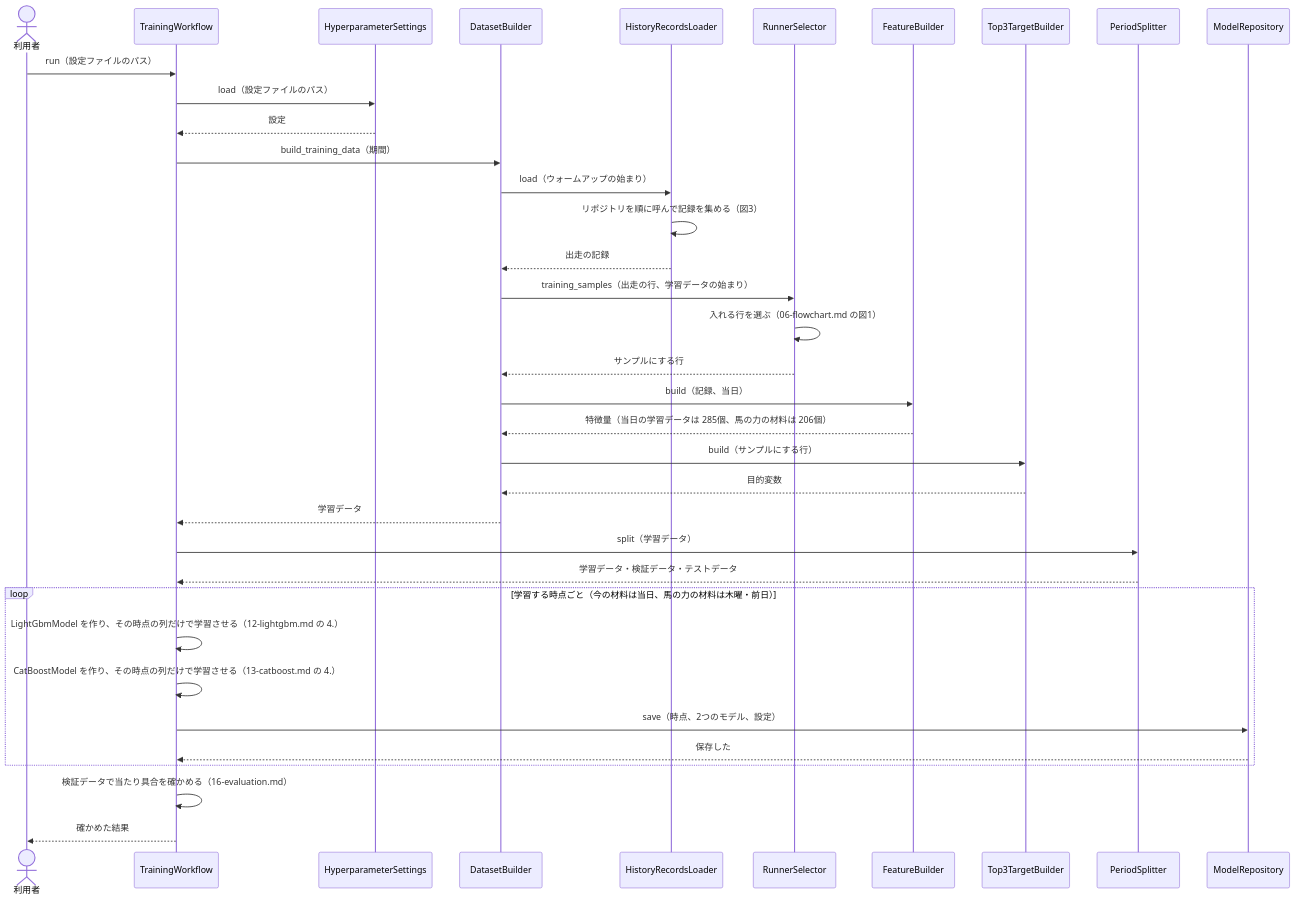
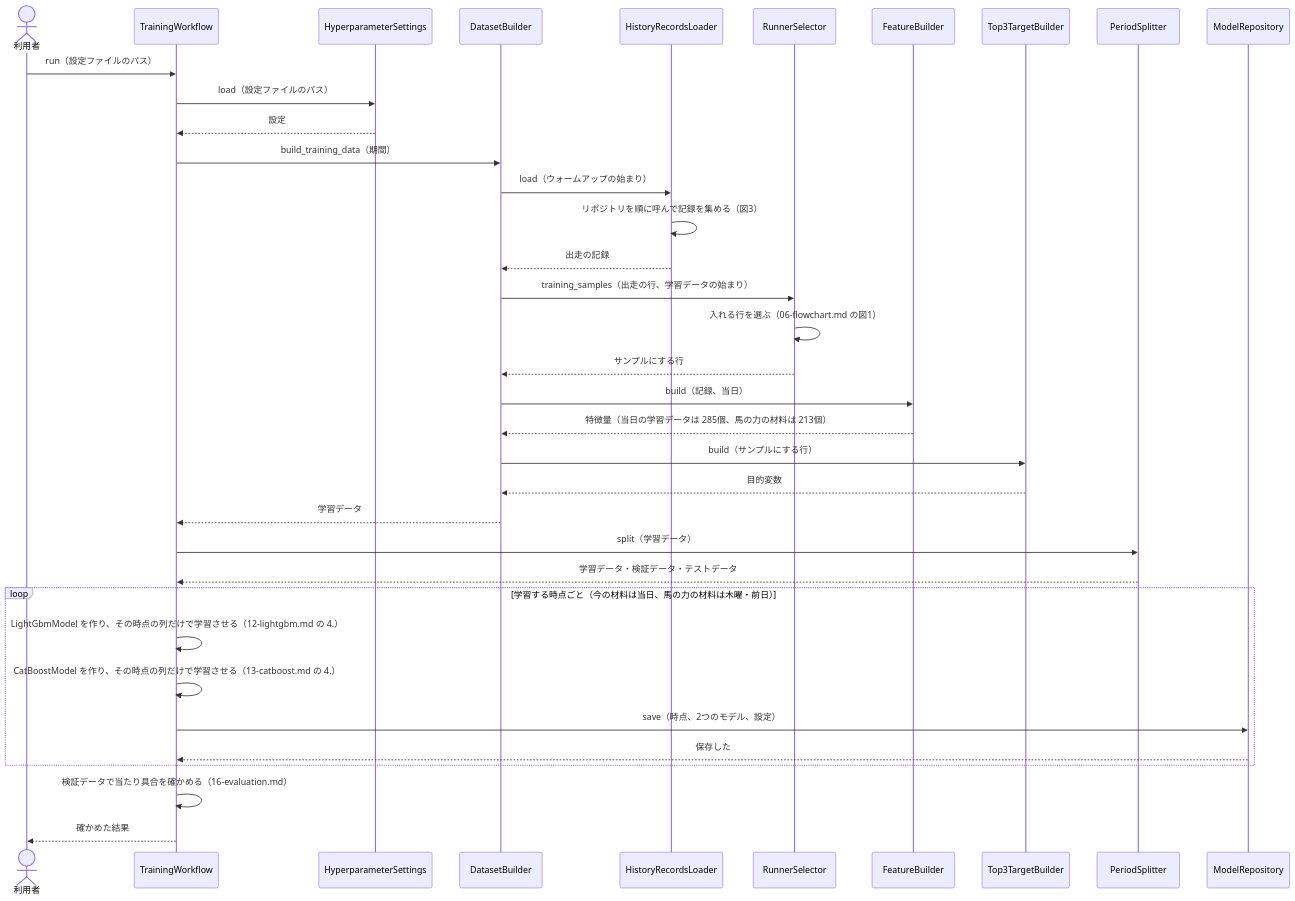
The first of 4 diagrams in docs/design/近走と適性から3着以内を予想/05-sequence.md (ht-0328/keiba-yosou), drawn with Mermaid before and after one commit. The commit also changed other lines of this file and 11 other files, not shown here.

````diff
--- a/docs/design/近走と適性から3着以内を予想/05-sequence.md
+++ b/docs/design/近走と適性から3着以内を予想/05-sequence.md
@@ -40,38 +40,38 @@
 ```mermaid
 sequenceDiagram
     actor U as 利用者
     participant W as TrainingWorkflow
     participant H as HyperparameterSettings
     participant D as DatasetBuilder
     participant L as HistoryRecordsLoader
     participant RS as RunnerSelector
     participant F as FeatureBuilder
     participant T as Top3TargetBuilder
     participant S as PeriodSplitter
     participant MR as ModelRepository
     U->>W: run（設定ファイルのパス）
     W->>H: load（設定ファイルのパス）
     H-->>W: 設定
     W->>D: build_training_data（期間）
     D->>L: load（ウォームアップの始まり）
     L->>L: リポジトリを順に呼んで記録を集める（図3）
     L-->>D: 出走の記録
     D->>RS: training_samples（出走の行、学習データの始まり）
     RS->>RS: 入れる行を選ぶ（06-flowchart.md の図1）
     RS-->>D: サンプルにする行
     D->>F: build（記録、当日）
-    F-->>D: 特徴量（当日の学習データは 285個、馬の力の材料は 206個）
+    F-->>D: 特徴量（当日の学習データは 285個、馬の力の材料は 213個）
     D->>T: build（サンプルにする行）
     T-->>D: 目的変数
     D-->>W: 学習データ
     W->>S: split（学習データ）
     S-->>W: 学習データ・検証データ・テストデータ
     loop 学習する時点ごと（今の材料は当日、馬の力の材料は木曜・前日）
         W->>W: LightGbmModel を作り、その時点の列だけで学習させる（12-lightgbm.md の 4.）
         W->>W: CatBoostModel を作り、その時点の列だけで学習させる（13-catboost.md の 4.）
         W->>MR: save（時点、2つのモデル、設定）
         MR-->>W: 保存した
     end
     W->>W: 検証データで当たり具合を確かめる（16-evaluation.md）
     W-->>U: 確かめた結果
 ```
````
